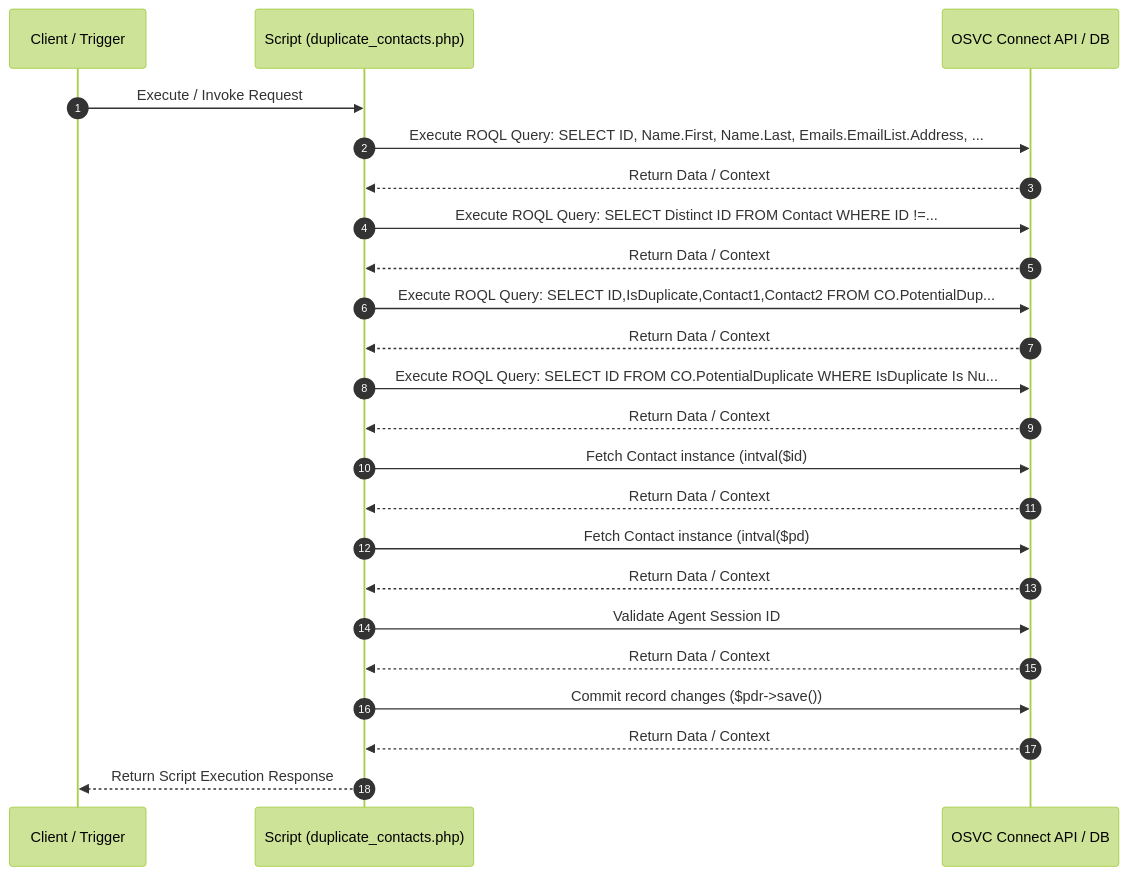
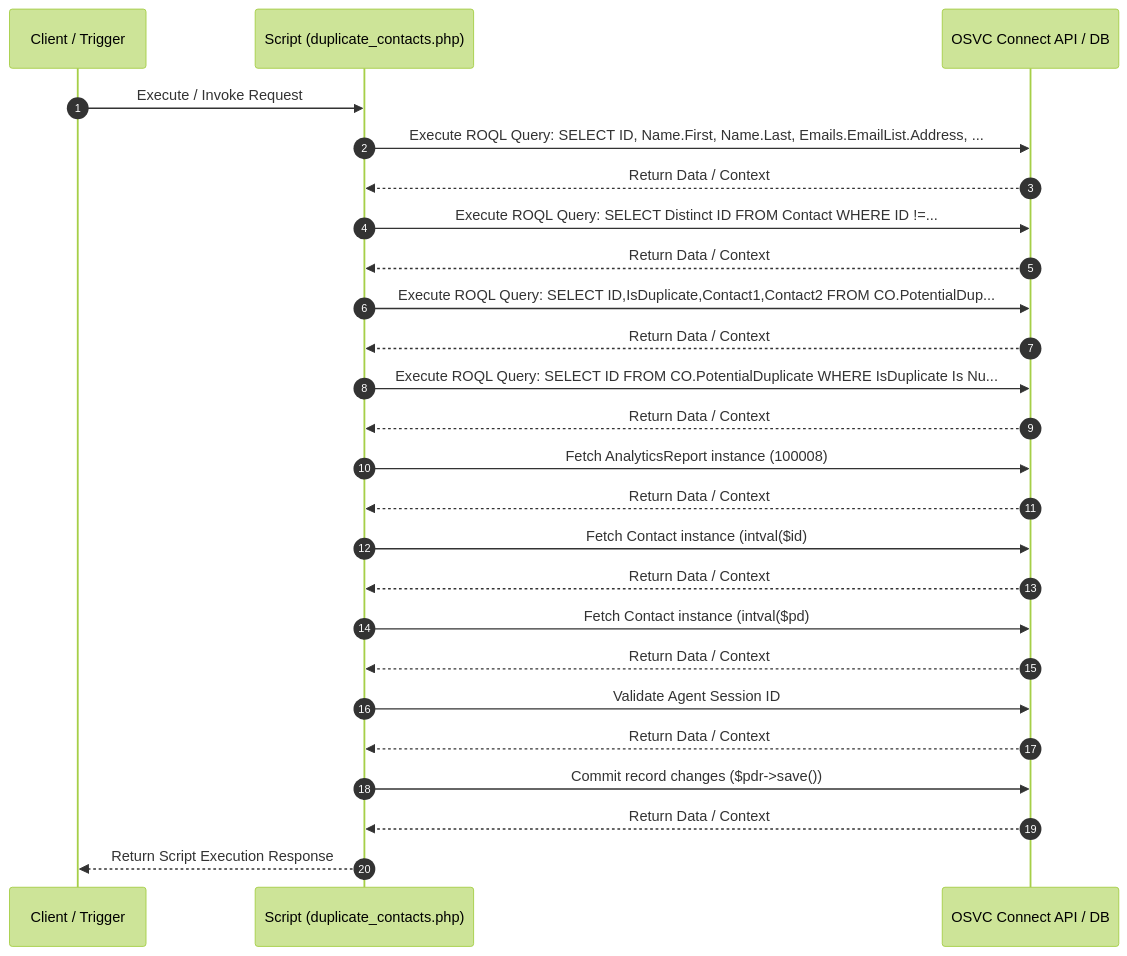
The diagram in results/markdown/scripts/report_duplicate_contacts.php.md (SujalMatolia0/Config_Migration), drawn with Mermaid (forest theme) before and after one commit. The commit also changed other lines of this file and 24 other files, not shown here.

````diff
--- a/results/markdown/scripts/report_duplicate_contacts.php.md
+++ b/results/markdown/scripts/report_duplicate_contacts.php.md
@@ -54,25 +60,27 @@
 ```mermaid
 sequenceDiagram
   autonumber
   participant Client as Client / Trigger
   participant Script as Script (duplicate_contacts.php)
   participant OSVC as OSVC Connect API / DB
   Client->>Script: Execute / Invoke Request
   Script->>OSVC: Execute ROQL Query: SELECT ID, Name.First, Name.Last, Emails.EmailList.Address, ...
   OSVC-->>Script: Return Data / Context
   Script->>OSVC: Execute ROQL Query: SELECT Distinct ID FROM Contact WHERE ID !=...
   OSVC-->>Script: Return Data / Context
   Script->>OSVC: Execute ROQL Query: SELECT ID,IsDuplicate,Contact1,Contact2 FROM CO.PotentialDup...
   OSVC-->>Script: Return Data / Context
   Script->>OSVC: Execute ROQL Query: SELECT ID FROM CO.PotentialDuplicate WHERE IsDuplicate Is Nu...
   OSVC-->>Script: Return Data / Context
+  Script->>OSVC: Fetch AnalyticsReport instance (100008)
+  OSVC-->>Script: Return Data / Context
   Script->>OSVC: Fetch Contact instance (intval($id)
   OSVC-->>Script: Return Data / Context
   Script->>OSVC: Fetch Contact instance (intval($pd)
   OSVC-->>Script: Return Data / Context
   Script->>OSVC: Validate Agent Session ID
   OSVC-->>Script: Return Data / Context
   Script->>OSVC: Commit record changes ($pdr->save())
   OSVC-->>Script: Return Data / Context
   Script-->>Client: Return Script Execution Response
 ```
````
